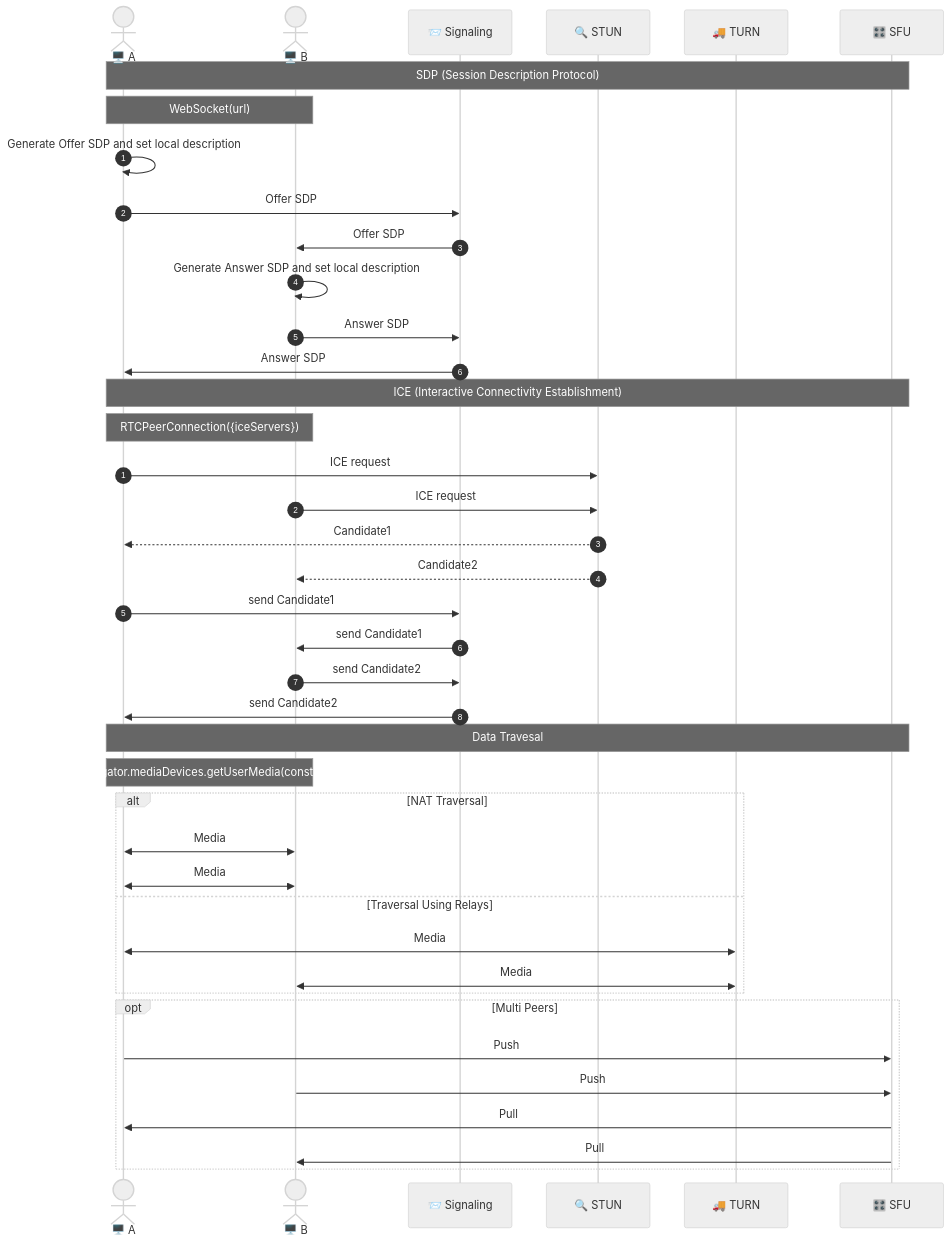
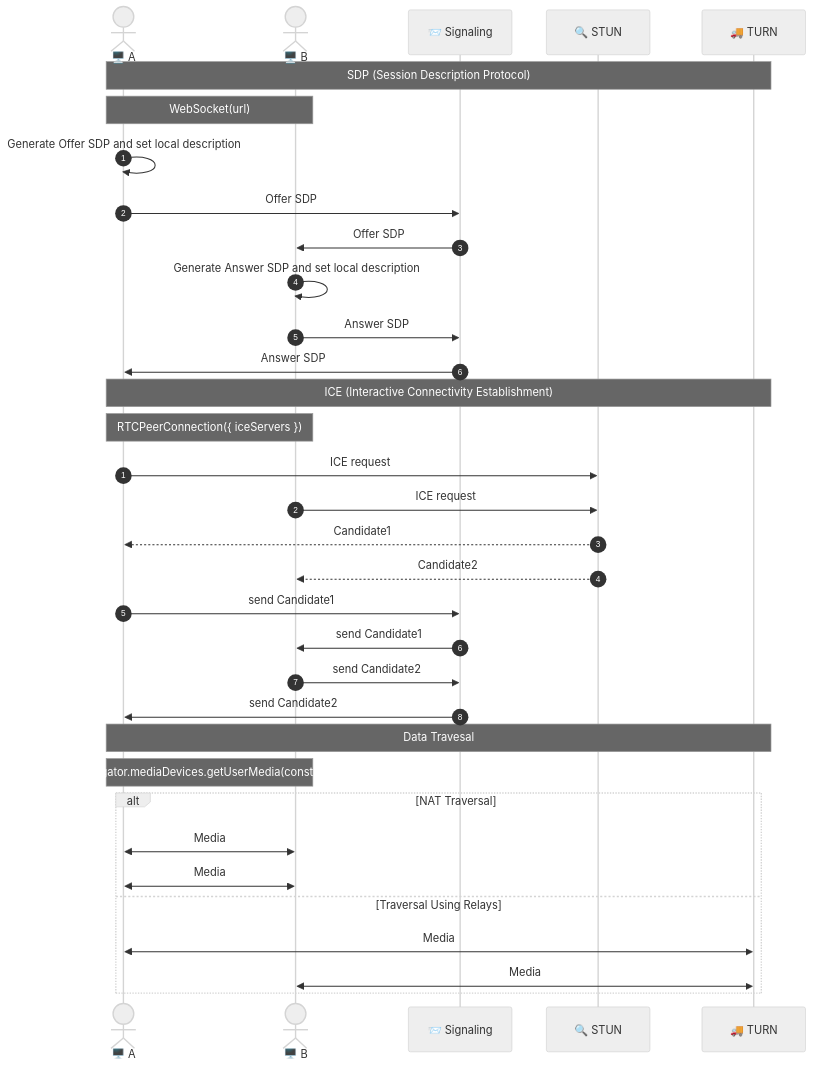
The first of 2 diagrams in content/docs/10-rtc-intro/03-webrtc.md (techunder/posts), drawn with Mermaid (neutral theme) before and after one commit. The commit also changed other lines of this file, not shown here.

````diff
--- a/content/docs/10-rtc-intro/03-webrtc.md
+++ b/content/docs/10-rtc-intro/03-webrtc.md
@@ -48,48 +48,41 @@
 ```mermaid
 sequenceDiagram
     actor A as 🖥️ A
     actor B as 🖥️ B
     participant Sig as 📨 Signaling
     participant STUN as 🔍 STUN
     participant TURN as 🚚 TURN
-    participant SFU as 🎛️ SFU
 
-    Note over A,SFU: SDP (Session Description Protocol)
+    Note over A,TURN: SDP (Session Description Protocol)
     autonumber 1
     Note over A,B: WebSocket(url)
     A->>A: Generate Offer SDP and set local description
     A->>Sig: Offer SDP
     Sig->>B: Offer SDP
     B->>B: Generate Answer SDP and set local description
     B->>Sig: Answer SDP
     Sig->>A: Answer SDP
 
-    Note over A,SFU: ICE (Interactive Connectivity Establishment)
+    Note over A,TURN: ICE (Interactive Connectivity Establishment)
     autonumber 1
-    Note over A,B: RTCPeerConnection({iceServers})
+    Note over A,B: RTCPeerConnection({ iceServers })
     A->>STUN: ICE request
     B->>STUN: ICE request
     STUN-->>A: Candidate1
     STUN-->>B: Candidate2
     A->>Sig: send Candidate1
     Sig->>B: send Candidate1
     B->>Sig: send Candidate2
     Sig->>A: send Candidate2
 
-    Note over A,SFU: Data Travesal
+    Note over A,TURN: Data Travesal
     autonumber off
     Note over A,B: navigator.mediaDevices.getUserMedia(constraint)
     alt NAT Traversal
         A<<->>B: Media
         B<<->>A: Media
     else Traversal Using Relays
         A<<->>TURN: Media
         TURN<<->>B: Media
     end
-    opt Multi Peers
-        A->>SFU: Push
-        B->>SFU: Push
-        SFU->>A: Pull
-        SFU->>B: Pull
-    end
 ```
````
